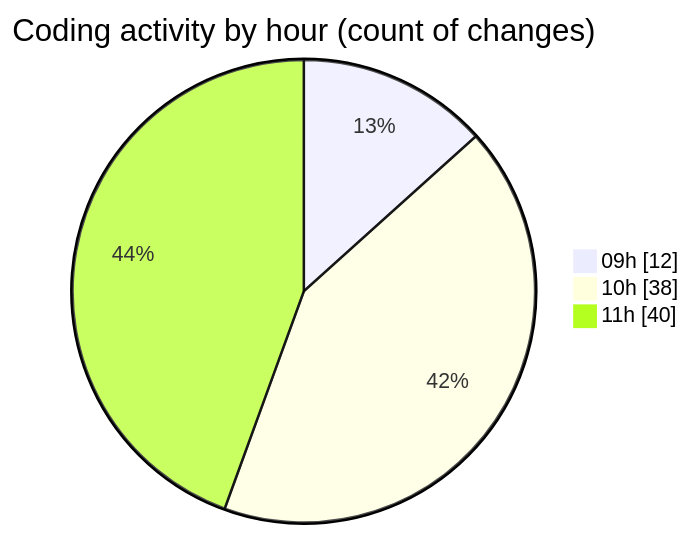
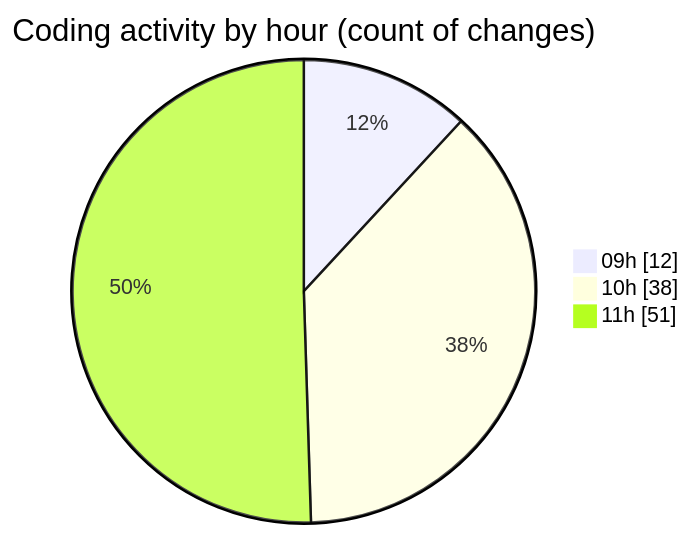
One commit to momahboobian/code-tracking changed the second of 2 diagrams in 2025-10-03/cda/README.md. Above: the diagram before and after it, drawn with Mermaid. The commit also changed other lines of this file and 1 other file, not shown here.

````diff
--- a/2025-10-03/cda/README.md
+++ b/2025-10-03/cda/README.md
@@ -33,7 +33,7 @@
 ```mermaid
 pie showData
 title Coding activity by hour (count of changes)
 "09h" : 12
 "10h" : 38
-"11h" : 40
+"11h" : 51
 ```
````
